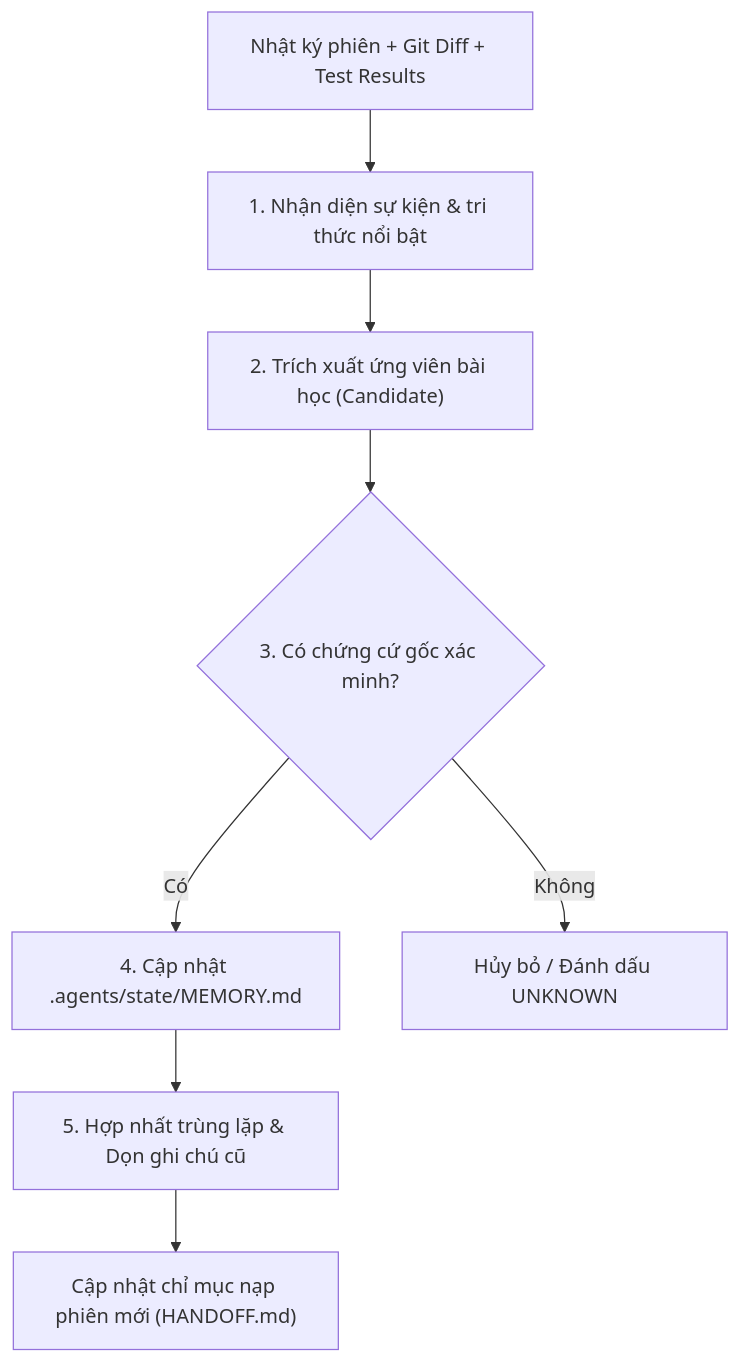
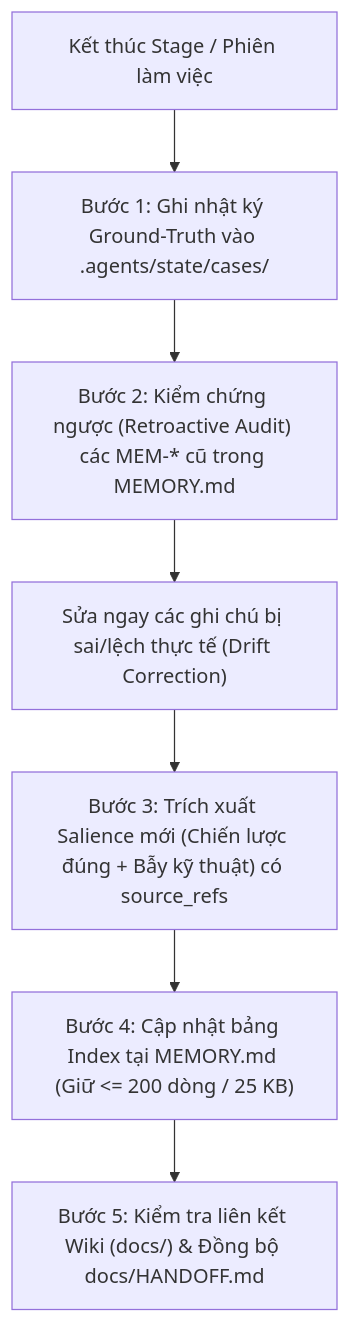
Before and after one commit to kimducanh27-cpu/REA-kit-agy: the diagram in .agents/skills/memory-consolidation/SKILL.md, drawn with Mermaid. The commit also changed other lines of this file and 38 other files, not shown here.

````diff
--- a/.agents/skills/memory-consolidation/SKILL.md
+++ b/.agents/skills/memory-consolidation/SKILL.md
@@ -32,10 +29,9 @@
 ```mermaid
 flowchart TD
-    A["Nhật ký phiên + Git Diff + Test Results"] --> B["1. Nhận diện sự kiện & tri thức nổi bật"]
-    B --> C["2. Trích xuất ứng viên bài học (Candidate)"]
-    C --> D{3. Có chứng cứ gốc xác minh?}
-    D -- Có --> E["4. Cập nhật .agents/state/MEMORY.md"]
-    D -- Không --> F["Hủy bỏ / Đánh dấu UNKNOWN"]
-    E --> G["5. Hợp nhất trùng lặp & Dọn ghi chú cũ"]
-    G --> H["Cập nhật chỉ mục nạp phiên mới (HANDOFF.md)"]
+    A["Kết thúc Stage / Phiên làm việc"] --> B["Bước 1: Ghi nhật ký Ground-Truth vào .agents/state/cases/"]
+    B --> C["Bước 2: Kiểm chứng ngược (Retroactive Audit) các MEM-* cũ trong MEMORY.md"]
+    C --> D["Sửa ngay các ghi chú bị sai/lệch thực tế (Drift Correction)"]
+    D --> E["Bước 3: Trích xuất Salience mới (Chiến lược đúng + Bẫy kỹ thuật) có source_refs"]
+    E --> F["Bước 4: Cập nhật bảng Index tại MEMORY.md (Giữ <= 200 dòng / 25 KB)"]
+    F --> G["Bước 5: Kiểm tra liên kết Wiki (docs/) & Đồng bộ docs/HANDOFF.md"]
 ```
````
